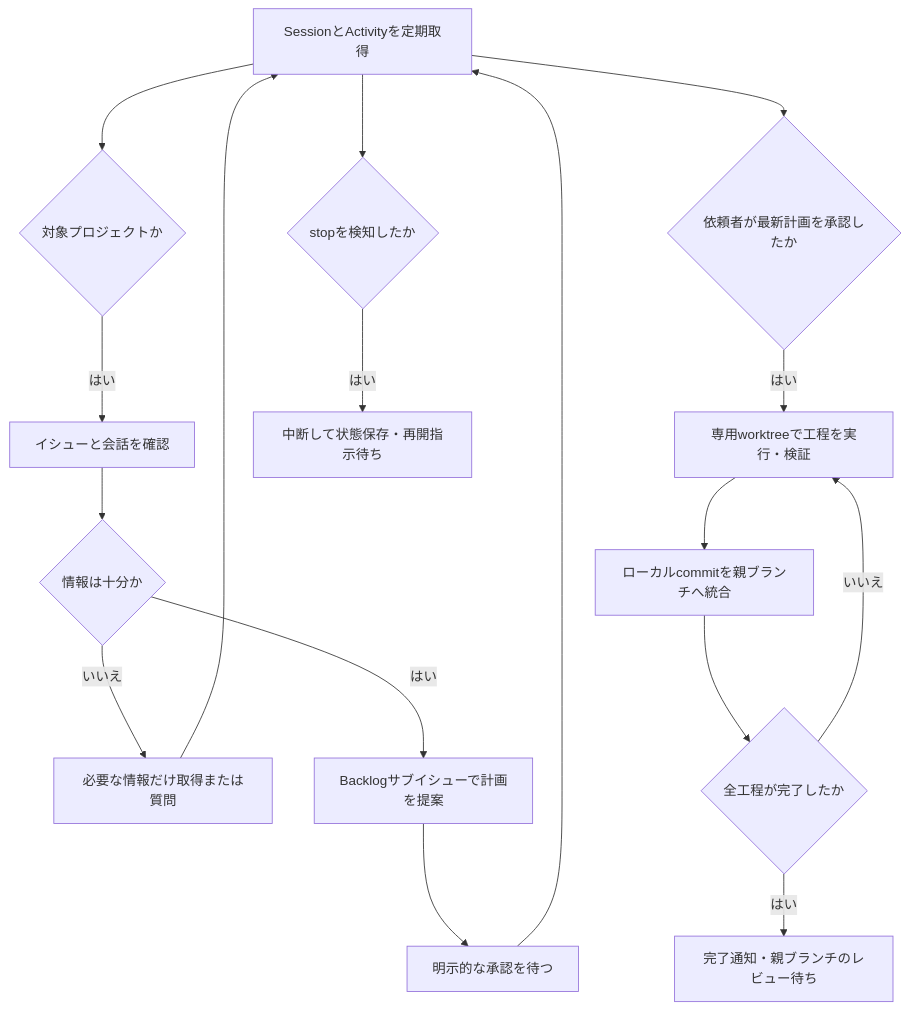
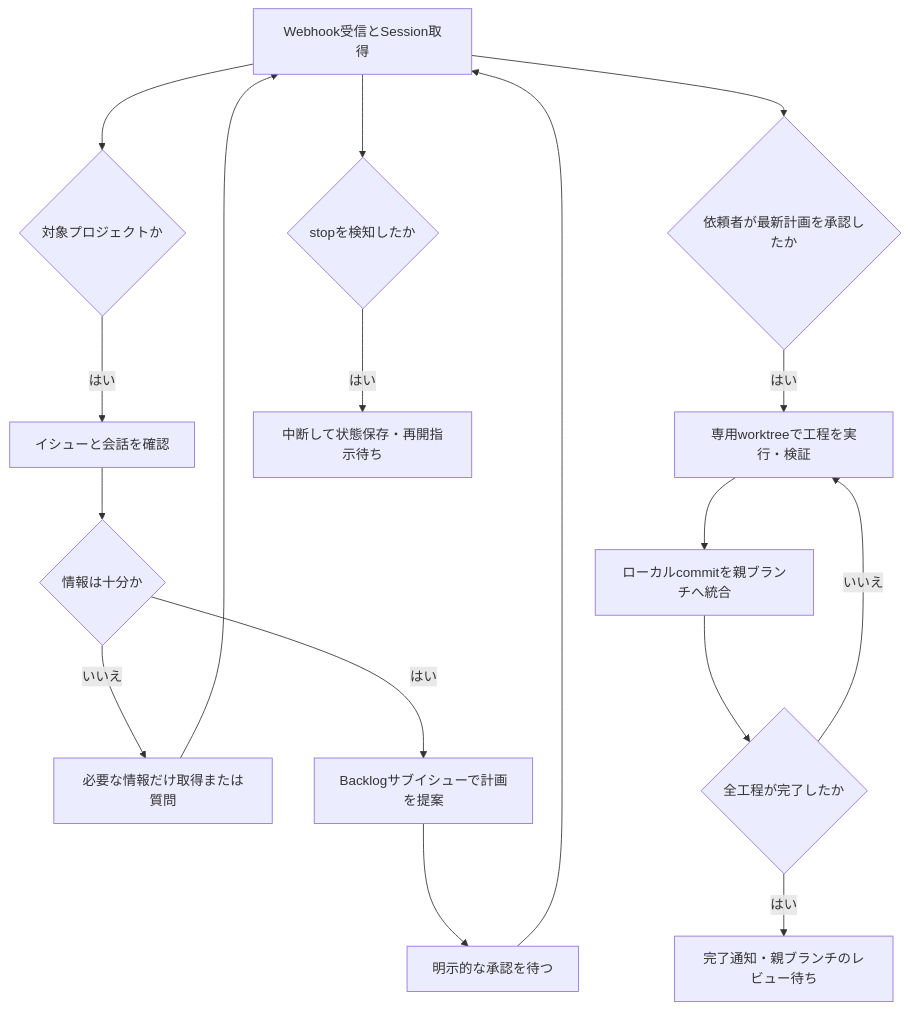
Before and after one commit to nozomi-hiragi/Beni: the diagram in docs/application-workflow.md, drawn with Mermaid. The commit also changed other lines of this file and 5 other files, not shown here.

````diff
--- a/docs/application-workflow.md
+++ b/docs/application-workflow.md
@@ -22,19 +22,19 @@
 ```mermaid
 flowchart TD
-    A[SessionとActivityを定期取得] --> B{対象プロジェクトか}
+    A[Webhook受信とSession取得] --> B{対象プロジェクトか}
     B -- はい --> C[イシューと会話を確認]
     C --> D{情報は十分か}
     D -- いいえ --> E[必要な情報だけ取得または質問]
     E --> A
     D -- はい --> F[Backlogサブイシューで計画を提案]
     F --> G[明示的な承認を待つ]
     G --> A
     A --> H{依頼者が最新計画を承認したか}
     H -- はい --> I[専用worktreeで工程を実行・検証]
     I --> J[ローカルcommitを親ブランチへ統合]
     J --> K{全工程が完了したか}
     K -- いいえ --> I
     K -- はい --> L[完了通知・親ブランチのレビュー待ち]
     A --> M{stopを検知したか}
     M -- はい --> N[中断して状態保存・再開指示待ち]
 ```
````
